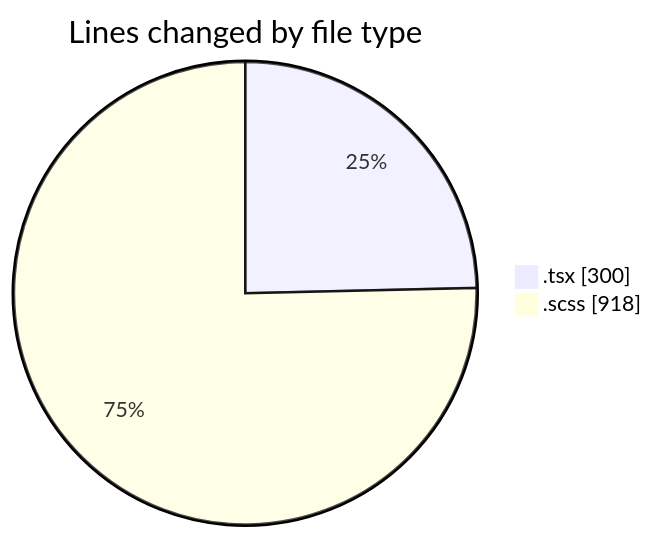
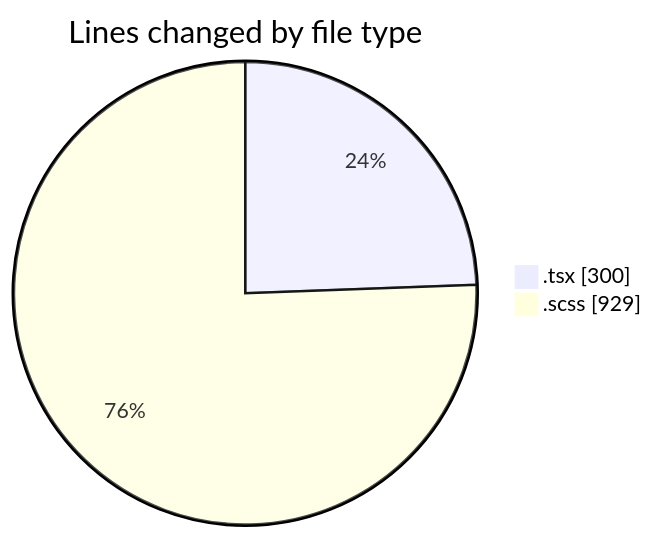
The first of 2 diagrams in 2025-09-19/cda/README.md (momahboobian/code-tracking), drawn with Mermaid before and after one commit. The commit also changed other lines of this file and 1 other file, not shown here.

````diff
--- a/2025-09-19/cda/README.md
+++ b/2025-09-19/cda/README.md
@@ -21,6 +21,6 @@
 ```mermaid
 pie showData
 title Lines changed by file type
 ".tsx" : 300
-".scss" : 918
+".scss" : 929
 ```
````
